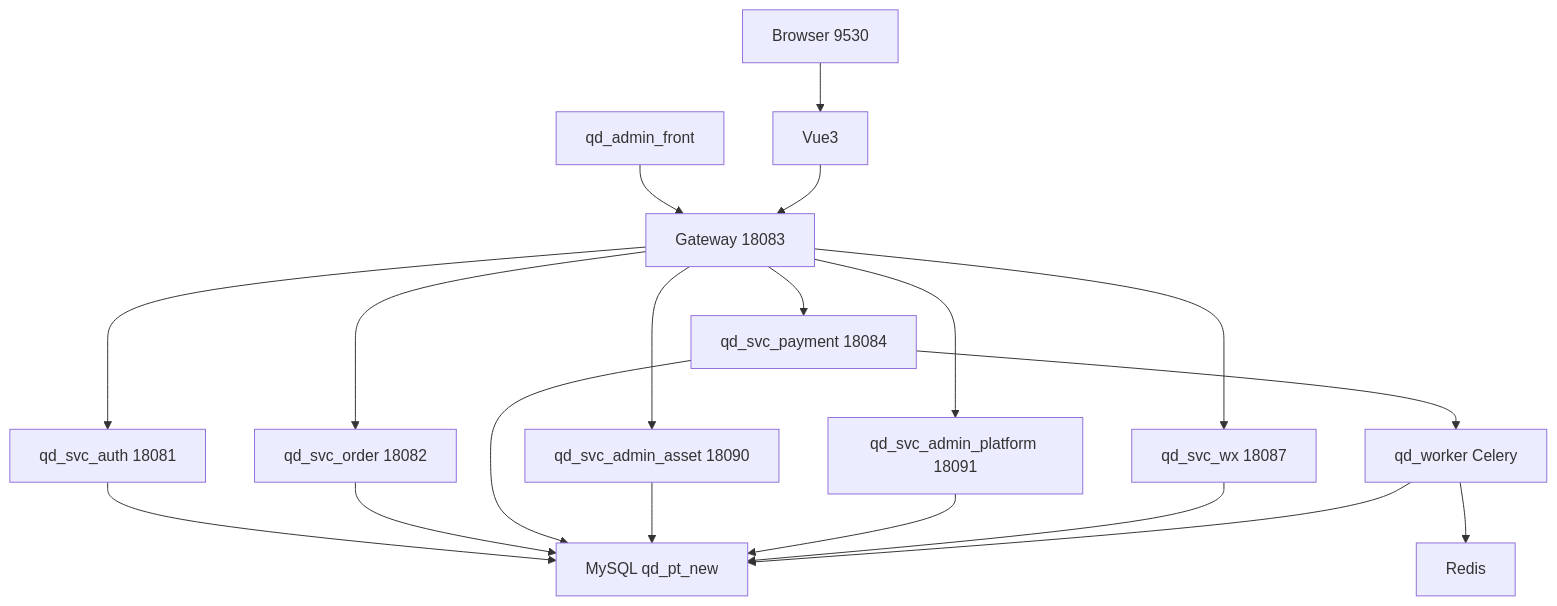
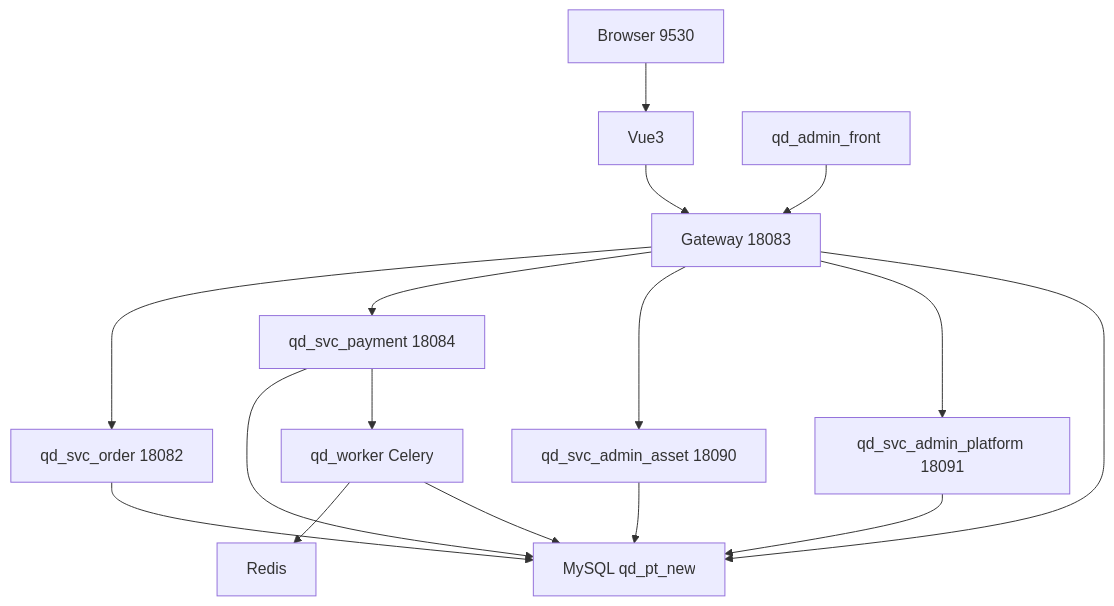
Before and after one commit to TZTANG97/utoo-pydjango: the second of 6 diagrams in README.md, drawn with Mermaid. The commit also changed other lines of this file and 1521 other files, not shown here.

````diff
--- a/README.md
+++ b/README.md
@@ -70,21 +70,18 @@
 ```mermaid
 graph TB
   Browser[Browser 9530] --> Vite[Vue3]
   AdminFE[qd_admin_front] --> GW
   Vite --> GW[Gateway 18083]
-  GW --> Auth[qd_svc_auth 18081]
   GW --> Order[qd_svc_order 18082]
   GW --> Pay[qd_svc_payment 18084]
   GW --> Asset[qd_svc_admin_asset 18090]
   GW --> Platform[qd_svc_admin_platform 18091]
-  GW --> Wx[qd_svc_wx 18087]
-  Auth --> DB[MySQL qd_pt_new]
-  Order --> DB
+  Order --> DB[MySQL qd_pt_new]
   Pay --> DB
   Asset --> DB
   Platform --> DB
-  Wx --> DB
+  GW --> DB
   Pay --> Worker[qd_worker Celery]
   Worker --> Redis[Redis]
   Worker --> DB
 ```
````
